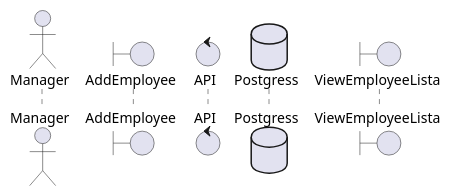
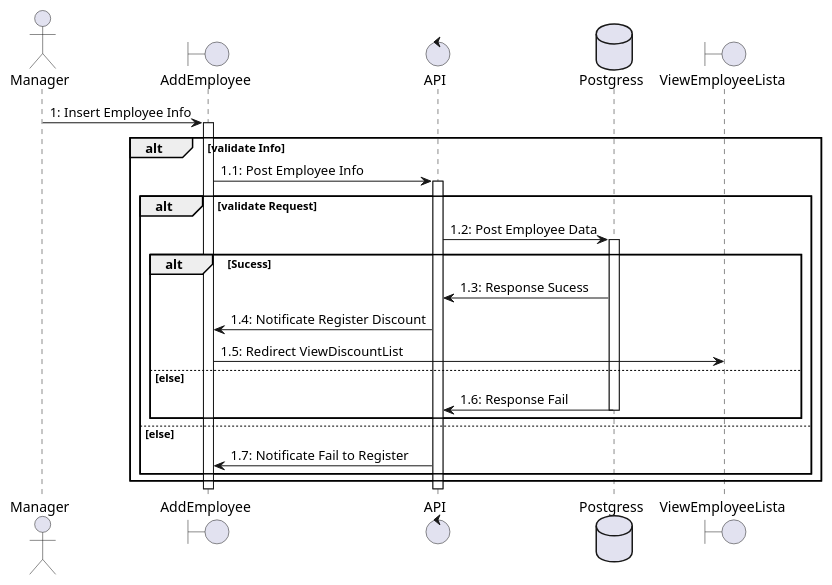
Before and after one commit to bosshentai/tccCode: the diagram in diagram/main/Sequence/RegisterEmployee.puml, drawn with PlantUML. The commit also changed 1 other file, not shown here.

Commit message:
Finish RegisterEmployee Sequence Diagram

```diff
--- a/diagram/main/Sequence/RegisterEmployee.puml
+++ b/diagram/main/Sequence/RegisterEmployee.puml
@@ -1,13 +1,41 @@
 @startuml RegisterEmployee
 
 actor Manager as a1
 boundary AddEmployee as b1
 control API as c1
 database Postgress as db
 boundary ViewEmployeeLista as b2
 
 
+a1 -> b1: 1: Insert Employee Info
 
+activate b1
+alt validate Info
+  b1 -> c1 : 1.1: Post Employee Info
+  activate c1
+
+  alt validate Request
+    c1 -> db: 1.2: Post Employee Data
+    activate db
+    alt Sucess
+      db -> c1: 1.3: Response Sucess
+
+      c1 -> b1: 1.4: Notificate Register Discount
+
+      b1 -> b2: 1.5: Redirect ViewDiscountList
+    else else
+      db -> c1: 1.6: Response Fail
+
+      deactivate db
+    end
+
+  else else
+    c1 -> b1: 1.7: Notificate Fail to Register  
+
+  end
+
+
+end
 
 
 @enduml
```
